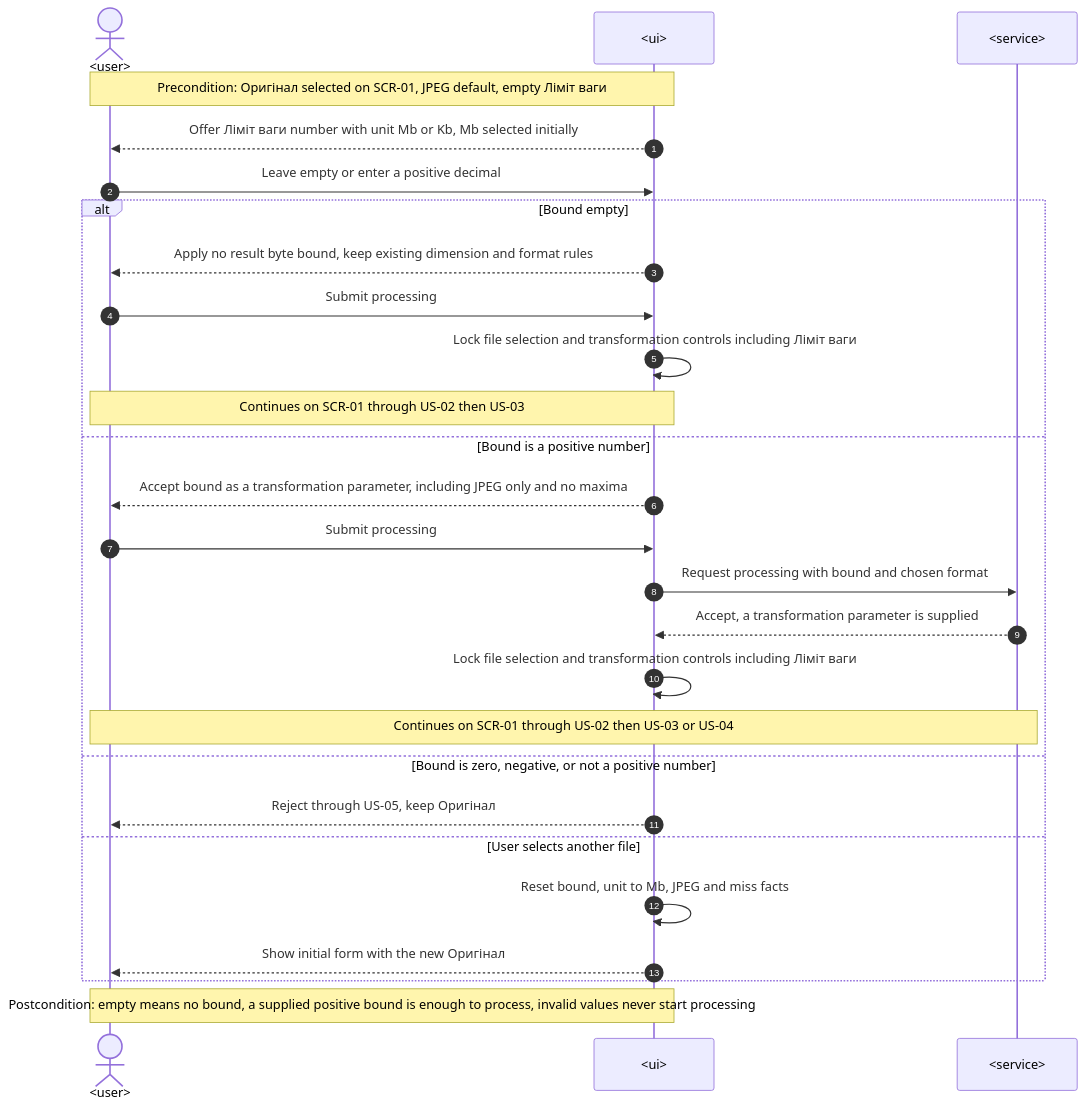
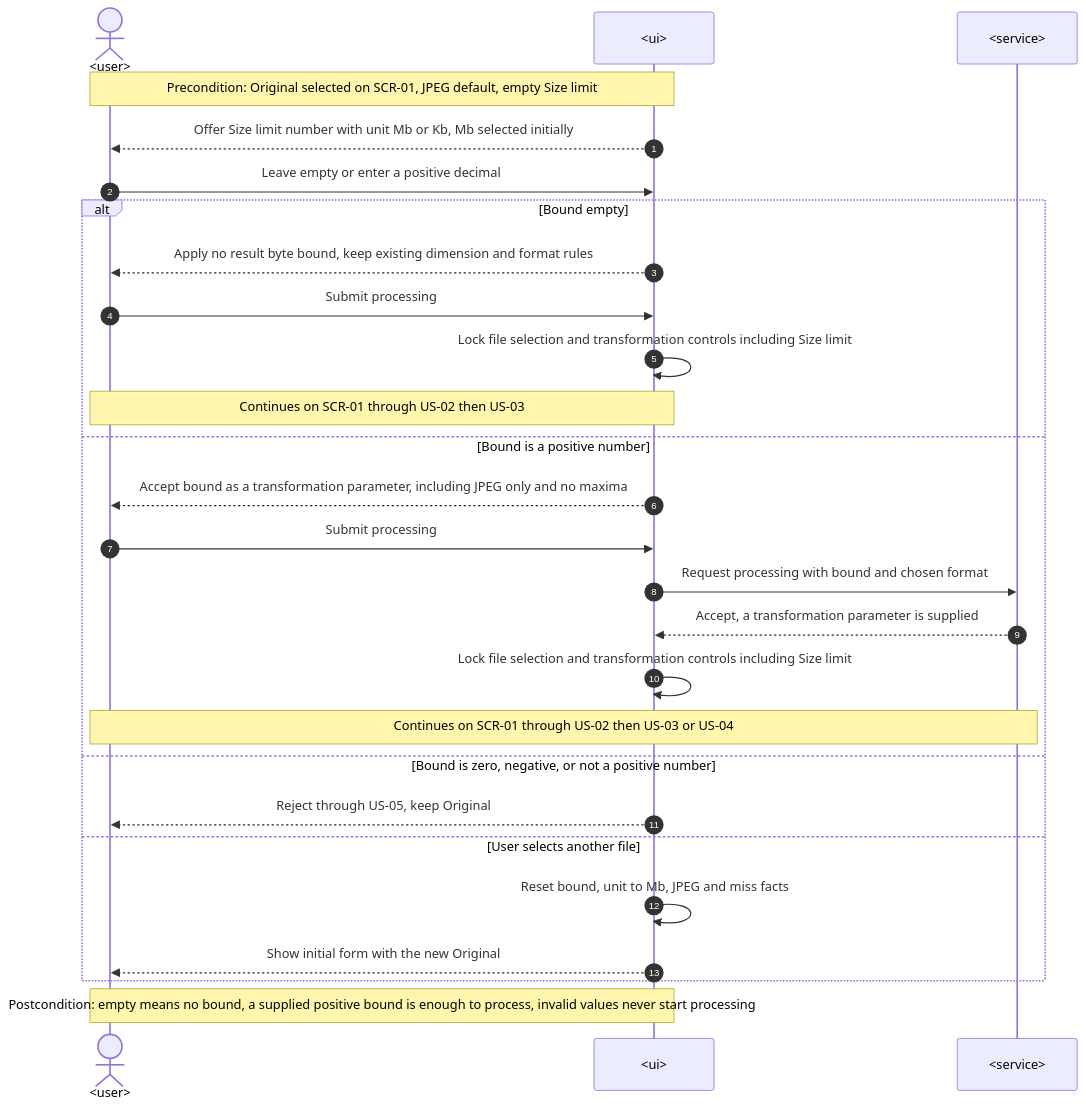
Before and after one commit to shved270189/image_compressor: the fourth of 8 diagrams in docs/features/image-size-limit/sad.md, drawn with Mermaid. The commit also changed other lines of this file and 46 other files, not shown here.

````diff
--- a/docs/features/image-size-limit/sad.md
+++ b/docs/features/image-size-limit/sad.md
@@ -154,30 +154,30 @@
 ```mermaid
 sequenceDiagram
     autonumber
     actor U as <user>
     participant UI as <ui>
     participant S as <service>
 
-    Note over U,UI: Precondition: Оригінал selected on SCR-01, JPEG default, empty Ліміт ваги
-    UI-->>U: Offer Ліміт ваги number with unit Mb or Kb, Mb selected initially
+    Note over U,UI: Precondition: Original selected on SCR-01, JPEG default, empty Size limit
+    UI-->>U: Offer Size limit number with unit Mb or Kb, Mb selected initially
     U->>UI: Leave empty or enter a positive decimal
     alt Bound empty
         UI-->>U: Apply no result byte bound, keep existing dimension and format rules
         U->>UI: Submit processing
-        UI->>UI: Lock file selection and transformation controls including Ліміт ваги
+        UI->>UI: Lock file selection and transformation controls including Size limit
         Note over U,UI: Continues on SCR-01 through US-02 then US-03
     else Bound is a positive number
         UI-->>U: Accept bound as a transformation parameter, including JPEG only and no maxima
         U->>UI: Submit processing
         UI->>S: Request processing with bound and chosen format
         S-->>UI: Accept, a transformation parameter is supplied
-        UI->>UI: Lock file selection and transformation controls including Ліміт ваги
+        UI->>UI: Lock file selection and transformation controls including Size limit
         Note over U,S: Continues on SCR-01 through US-02 then US-03 or US-04
     else Bound is zero, negative, or not a positive number
-        UI-->>U: Reject through US-05, keep Оригінал
+        UI-->>U: Reject through US-05, keep Original
     else User selects another file
         UI->>UI: Reset bound, unit to Mb, JPEG and miss facts
-        UI-->>U: Show initial form with the new Оригінал
+        UI-->>U: Show initial form with the new Original
     end
     Note over U,UI: Postcondition: empty means no bound, a supplied positive bound is enough to process, invalid values never start processing
 ```
````
